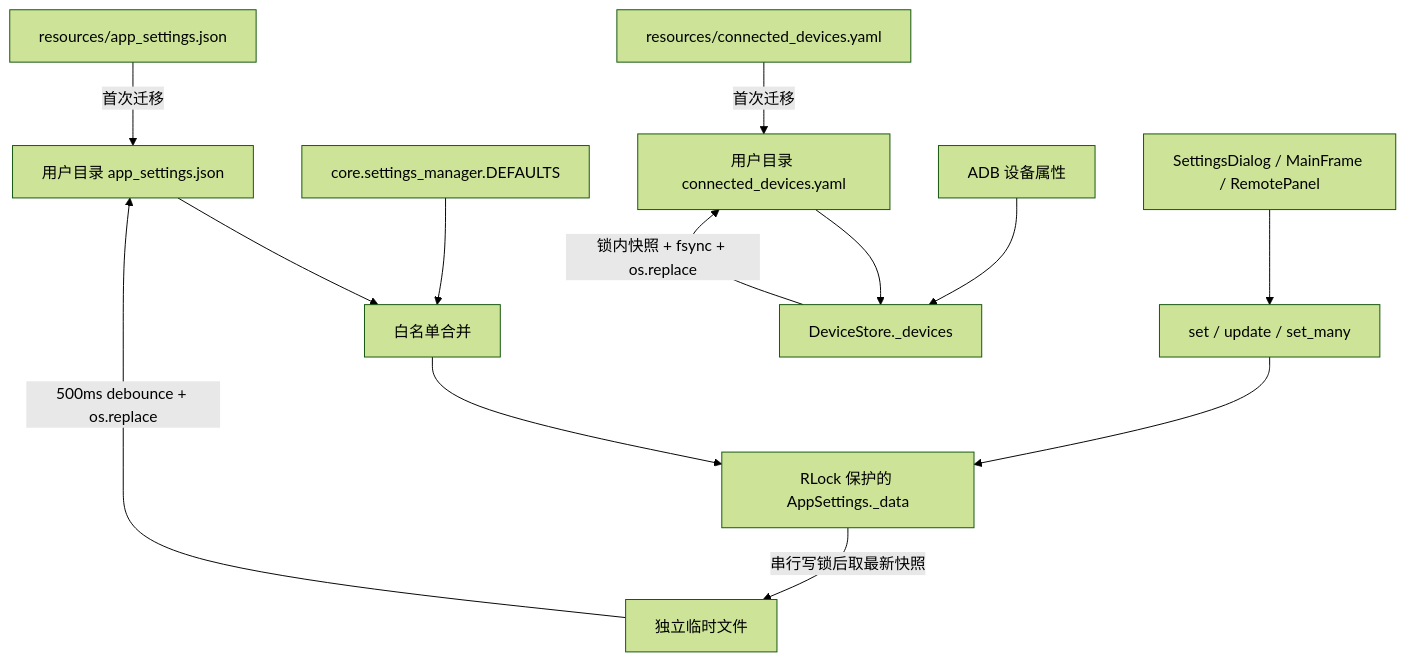
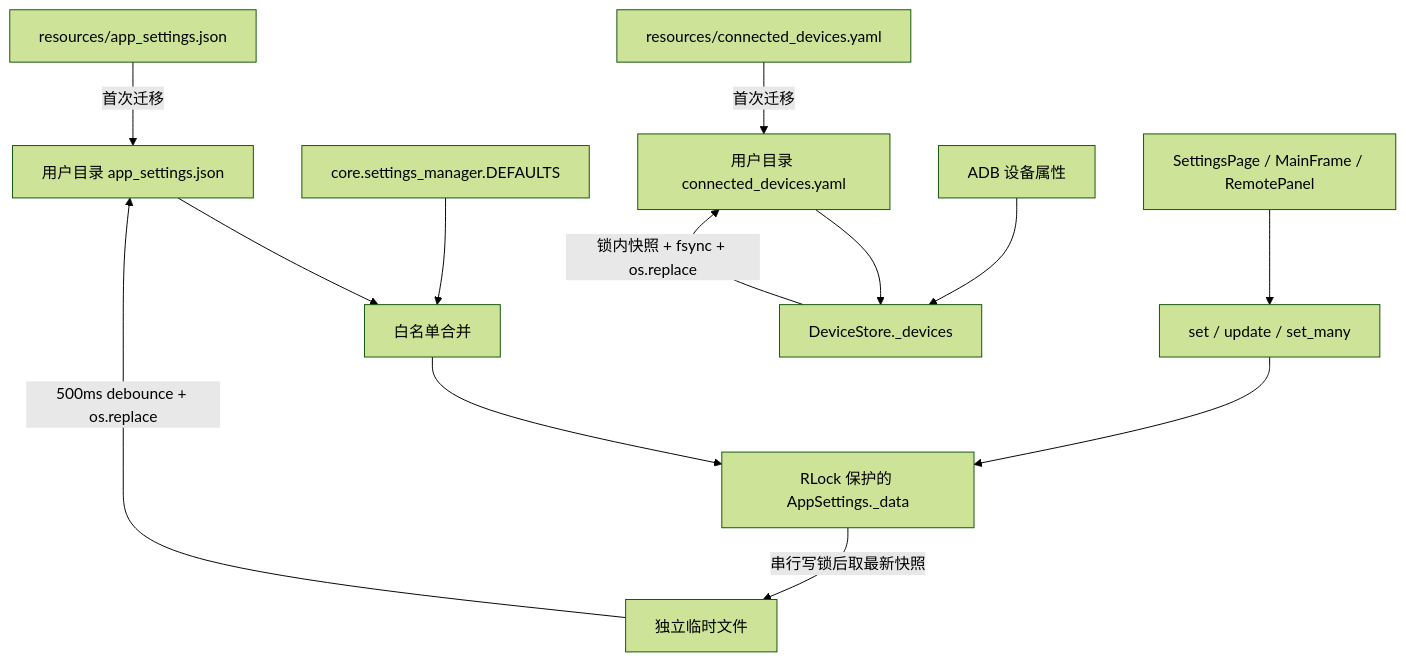
Before and after one commit to BlackHu-art/ADBLab: the fourth of 7 diagrams in docs/project-knowledge/DATA_FLOW.md, drawn with Mermaid (forest theme). The commit also changed other lines of this file and 112 other files, not shown here.

````diff
--- a/docs/project-knowledge/DATA_FLOW.md
+++ b/docs/project-knowledge/DATA_FLOW.md
@@ -99,16 +110,16 @@
 ```mermaid
 flowchart TD
     LegacySettings["resources/app_settings.json"] -->|"首次迁移"| UserSettings["用户目录 app_settings.json"]
     Defaults["core.settings_manager.DEFAULTS"] --> Merge["白名单合并"]
     UserSettings --> Merge
-    UISettings["SettingsDialog / MainFrame / RemotePanel"] --> Batch["set / update / set_many"]
+    UISettings["SettingsPage / MainFrame / RemotePanel"] --> Batch["set / update / set_many"]
     Batch --> Memory["RLock 保护的 AppSettings._data"]
     Merge --> Memory
     Memory -->|"串行写锁后取最新快照"| Snapshot["独立临时文件"]
     Snapshot -->|"500ms debounce + os.replace"| UserSettings
 
     LegacyDevices["resources/connected_devices.yaml"] -->|"首次迁移"| UserDevices["用户目录 connected_devices.yaml"]
     ADBInfo["ADB 设备属性"] --> DeviceDict["DeviceStore._devices"]
     UserDevices --> DeviceDict
     DeviceDict -->|"锁内快照 + fsync + os.replace"| UserDevices
 ```
````
